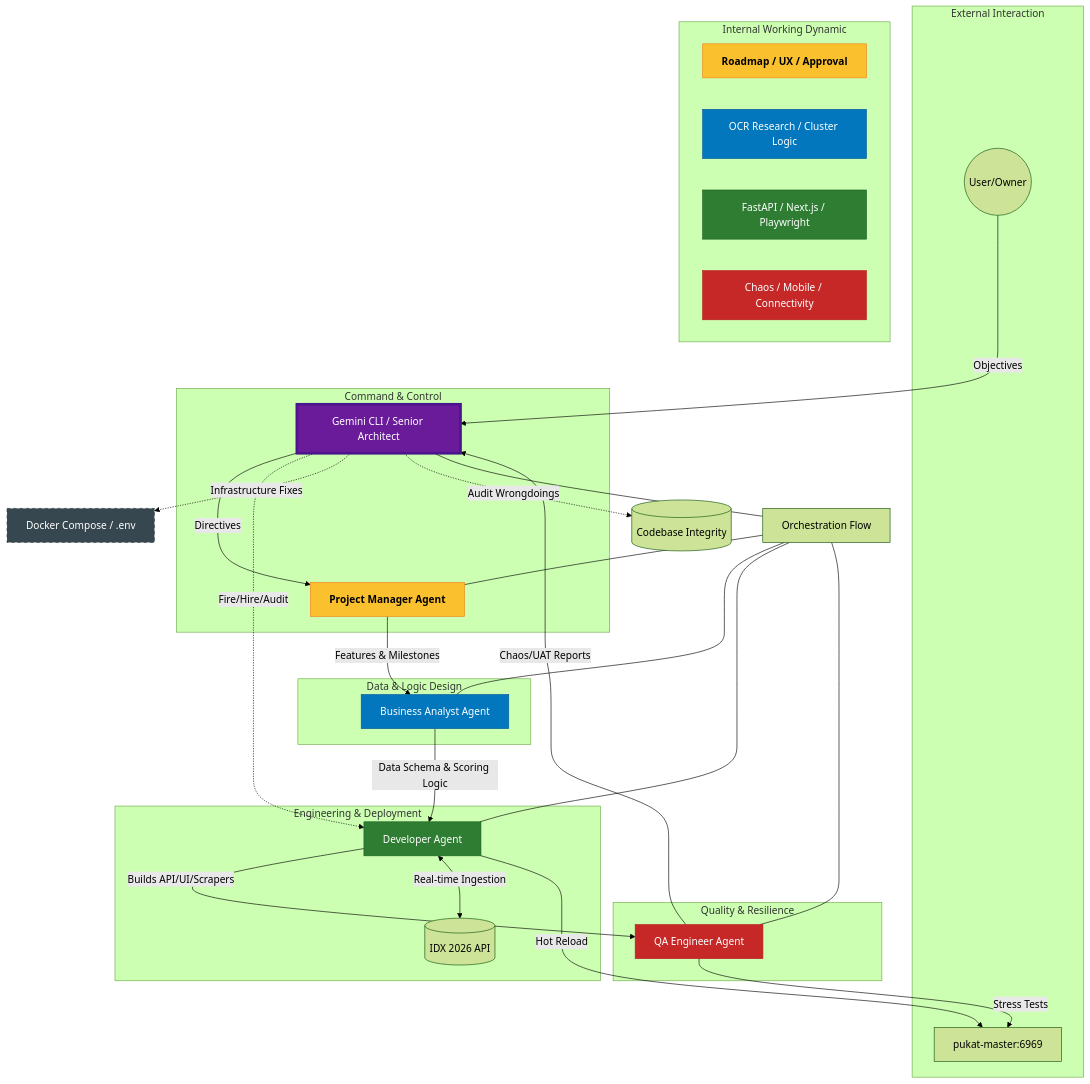
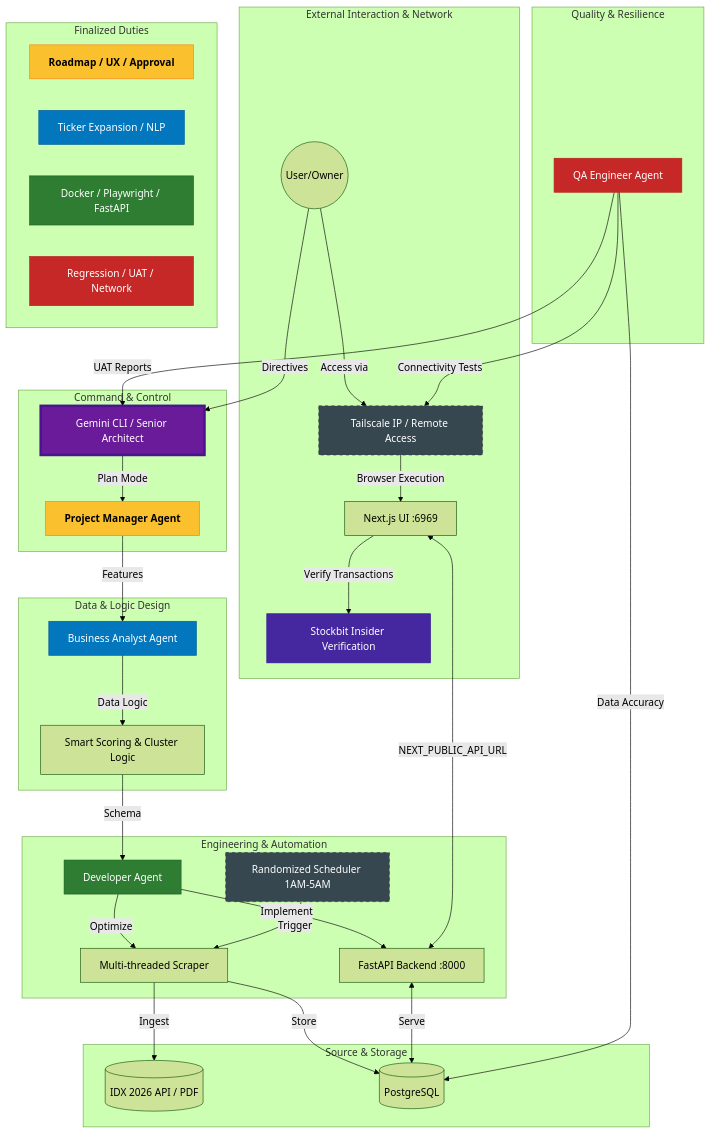
Before and after one commit to sckirl/IdxInsider: the diagram in docs/AGENT_ORCHESTRATION.mermaid, drawn with Mermaid (forest theme). The commit also changed 6 other files, not shown here.

Commit message:
infrastructure: eliminate zero values and misparsed tickers, harden scraper and repair logic

```diff
--- a/docs/AGENT_ORCHESTRATION.mermaid
+++ b/docs/AGENT_ORCHESTRATION.mermaid
@@ -1,66 +1,77 @@
 graph TD
     %% Global Styles
     classDef supervisor fill:#6a1b9a,stroke:#4a148c,color:#fff,stroke-width:4px;
     classDef pm fill:#fbc02d,stroke:#f57f17,color:#000,font-weight:bold;
     classDef ba fill:#0277bd,stroke:#01579b,color:#fff;
     classDef dev fill:#2e7d32,stroke:#1b5e20,color:#fff;
     classDef qa fill:#c62828,stroke:#b71c1c,color:#fff;
     classDef infrastructure fill:#37474f,stroke:#263238,color:#fff,stroke-dasharray: 5 5;
+    classDef external fill:#4527a0,stroke:#311b92,color:#fff;
 
-    subgraph User_Interface [External Interaction]
+    subgraph User_Interface [External Interaction & Network]
         User((User/Owner))
-        ProdURL[pukat-master:6969]
+        Tailscale[Tailscale IP / Remote Access]:::infrastructure
+        ProdURL[Next.js UI :6969]
+        Stockbit[Stockbit Insider Verification]:::external
     end
 
     subgraph Control_Plane [Command & Control]
         Supervisor[Gemini CLI / Senior Architect]:::supervisor
         PM[Project Manager Agent]:::pm
     end
 
     subgraph Intelligence_Layer [Data & Logic Design]
         BA[Business Analyst Agent]:::ba
+        Scoring[Smart Scoring & Cluster Logic]
     end
 
-    subgraph Execution_Core [Engineering & Deployment]
+    subgraph Execution_Core [Engineering & Automation]
         DEV[Developer Agent]:::dev
-        IDX_API[(IDX 2026 API)]
+        API[FastAPI Backend :8000]
+        Scraper[Multi-threaded Scraper]
+        Scheduler[Randomized Scheduler 1AM-5AM]:::infrastructure
+    end
+
+    subgraph Data_Layer [Source & Storage]
+        IDX_API[(IDX 2026 API / PDF)]
+        DB[(PostgreSQL)]
     end
 
     subgraph Validation_Layer [Quality & Resilience]
         QA[QA Engineer Agent]:::qa
     end
 
     %% Workflow Flow
-    User -->|Objectives| Supervisor
-    Supervisor -->|Directives| PM
-    PM -->|Features & Milestones| BA
-    BA -->|Data Schema & Scoring Logic| DEV
-    DEV -->|Builds API/UI/Scrapers| QA
-    QA -->|Chaos/UAT Reports| Supervisor
+    User -->|Access via| Tailscale
+    Tailscale -->|Browser Execution| ProdURL
+    ProdURL -->|Verify Transactions| Stockbit
+    
+    User -->|Directives| Supervisor
+    Supervisor -->|Plan Mode| PM
+    PM -->|Features| BA
+    BA -->|Data Logic| Scoring
+    Scoring -->|Schema| DEV
+    DEV -->|Implement| API
+    DEV -->|Optimize| Scraper
+    Scraper -->|Ingest| IDX_API
+    Scraper -->|Store| DB
+    API <-->|Serve| DB
+    
+    Scheduler -->|Trigger| Scraper
+    
+    %% QA Loop
+    QA -->|Connectivity Tests| Tailscale
+    QA -->|Data Accuracy| DB
+    QA -->|UAT Reports| Supervisor
 
-    %% Intervention Loops (The 'Senior Architect' Dynamic)
-    Supervisor -.->|Fire/Hire/Audit| DEV
-    Supervisor -.->|Infrastructure Fixes| Docker[Docker Compose / .env]:::infrastructure
-    Supervisor -.->|Audit Wrongdoings| Codebase[(Codebase Integrity)]
+    %% Connectivity
+    ProdURL <-->|NEXT_PUBLIC_API_URL| API
 
-    %% Working Dynamic Details
-    DEV <-->|Real-time Ingestion| IDX_API
-    DEV -->|Hot Reload| ProdURL
-    QA -->|Stress Tests| ProdURL
-    
-    %% Specific Agent Duties
-    subgraph Agent_Duties [Internal Working Dynamic]
+    %% Agent Duties
+    subgraph Agent_Specialization [Finalized Duties]
         direction LR
         PM_D[Roadmap / UX / Approval]:::pm
-        BA_D[OCR Research / Cluster Logic]:::ba
-        DEV_D[FastAPI / Next.js / Playwright]:::dev
-        QA_D[Chaos / Mobile / Connectivity]:::qa
+        BA_D[Ticker Expansion / NLP]:::ba
+        DEV_D[Docker / Playwright / FastAPI]:::dev
+        QA_D[Regression / UAT / Network]:::qa
     end
-
-    %% Legend
-    legend[Orchestration Flow]
-    Supervisor --- legend
-    legend --- PM
-    legend --- BA
-    legend --- DEV
-    legend --- QA
```
